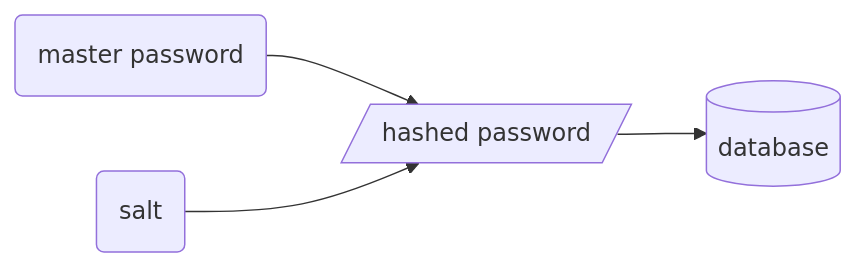
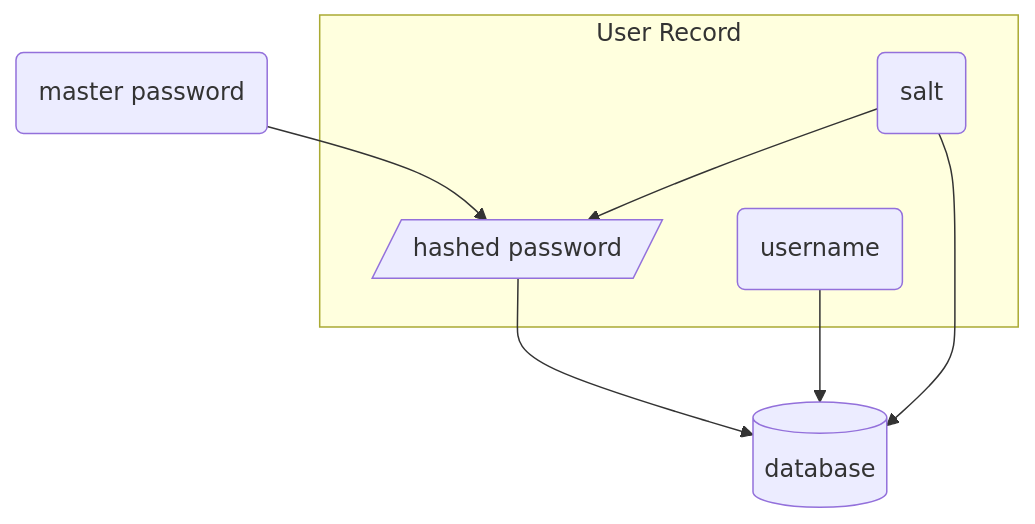
The first of 3 diagrams in README.md (pxp888/passcodes), drawn with Mermaid before and after one commit. The commit also changed other lines of this file, not shown here.

Commit message:
update README interface flowchart

```diff
--- a/README.md
+++ b/README.md
@@ -55,7 +55,16 @@
 ~~~mermaid
-    graph LR
+    graph TD
     mp(master password)
     sp(salt)
+    db[(database)]
     hp[/hashed password/]
-    mp & sp -->hp-->db[(database)]
+
+    subgraph User Record
+        hp
+        sp
+        un(username)
+    end
+
+    mp & sp --> hp
+    hp & un & sp --> db
 ~~~
```
